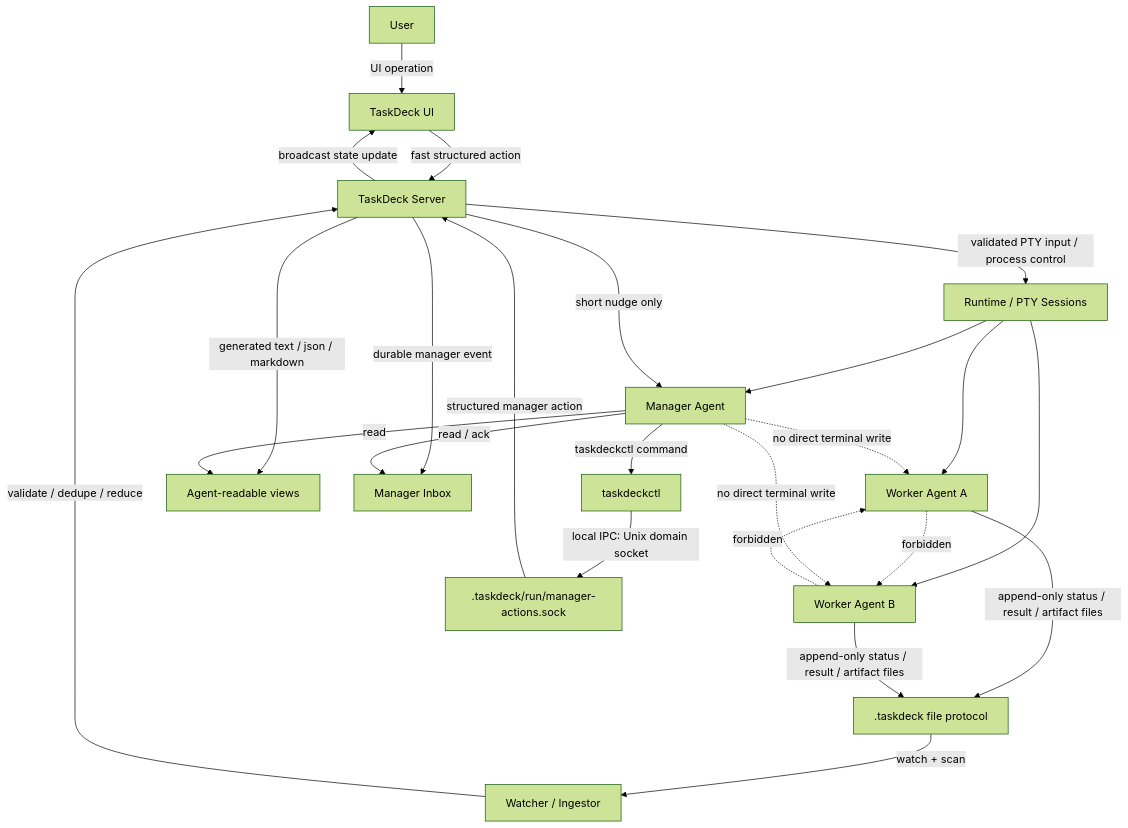
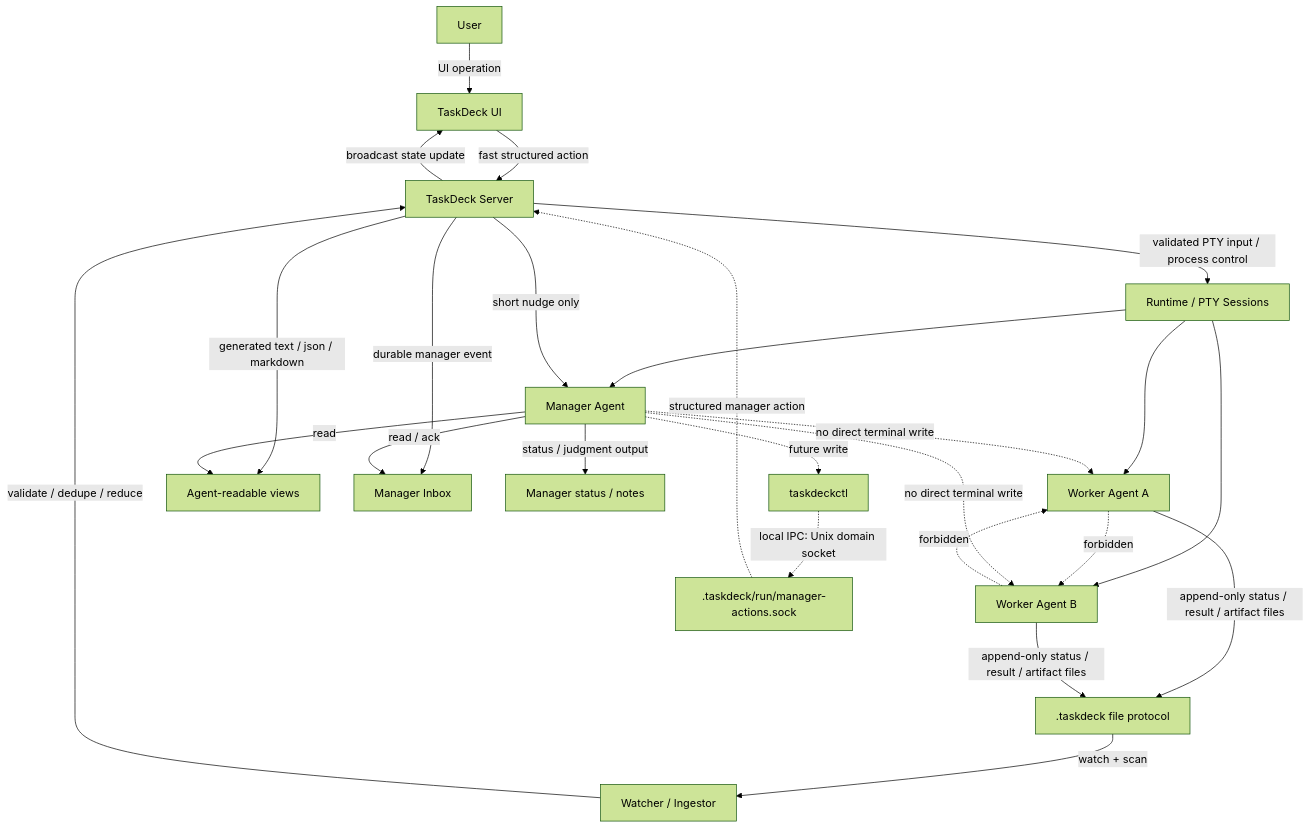
One commit to hayashikentaro/task-deck changed the diagram in docs/taskdeck-actor-protocol.md. Above: the diagram before and after it, drawn with Mermaid (forest theme). The commit also changed other lines of this file, not shown here.

Commit message:
Move manager read loop before write path

````diff
--- a/docs/taskdeck-actor-protocol.md
+++ b/docs/taskdeck-actor-protocol.md
@@ -21,34 +24,35 @@
 ```mermaid
 flowchart TD
   User[User] -->|UI operation| UI[TaskDeck UI]
   UI -->|fast structured action| Server[TaskDeck Server]
 
   Server -->|validated PTY input / process control| Runtime[Runtime / PTY Sessions]
   Runtime --> WorkerA[Worker Agent A]
   Runtime --> WorkerB[Worker Agent B]
   Runtime --> Manager[Manager Agent]
 
   WorkerA -->|append-only status / result / artifact files| Files[.taskdeck file protocol]
   WorkerB -->|append-only status / result / artifact files| Files
 
   Files -->|watch + scan| Ingest[Watcher / Ingestor]
   Ingest -->|validate / dedupe / reduce| Server
 
   Server -->|generated text / json / markdown| ReadModel[Agent-readable views]
   Server -->|durable manager event| ManagerInbox[Manager Inbox]
   Server -->|short nudge only| Manager
 
   Manager -->|read| ReadModel
   Manager -->|read / ack| ManagerInbox
+  Manager -->|status / judgment output| ManagerOutput[Manager status / notes]
 
-  Manager -->|taskdeckctl command| Taskdeckctl[taskdeckctl]
-  Taskdeckctl -->|local IPC: Unix domain socket| Socket[.taskdeck/run/manager-actions.sock]
-  Socket -->|structured manager action| Server
+  Manager -. future write .-> Taskdeckctl[taskdeckctl]
+  Taskdeckctl -. local IPC: Unix domain socket .-> Socket[.taskdeck/run/manager-actions.sock]
+  Socket -. structured manager action .-> Server
 
   Server -->|broadcast state update| UI
 
   WorkerA -. forbidden .-> WorkerB
   WorkerB -. forbidden .-> WorkerA
   Manager -. no direct terminal write .-> WorkerA
   Manager -. no direct terminal write .-> WorkerB
 ```
````
